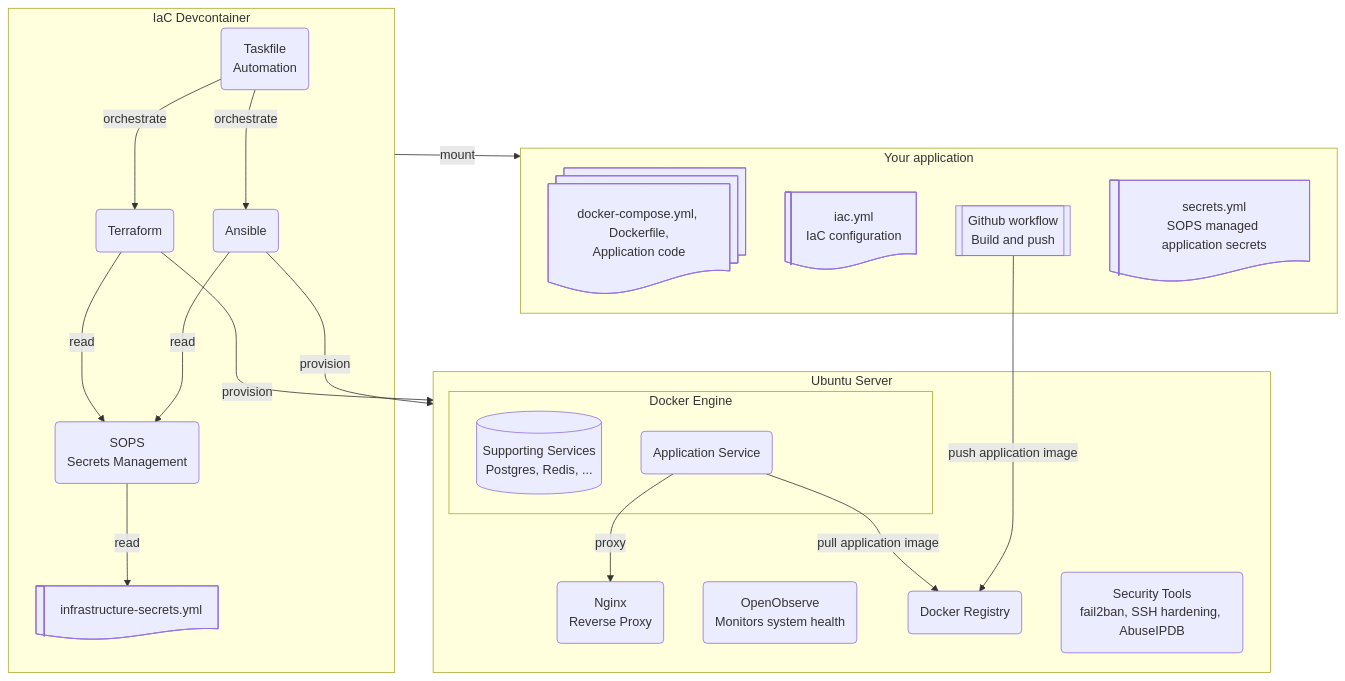
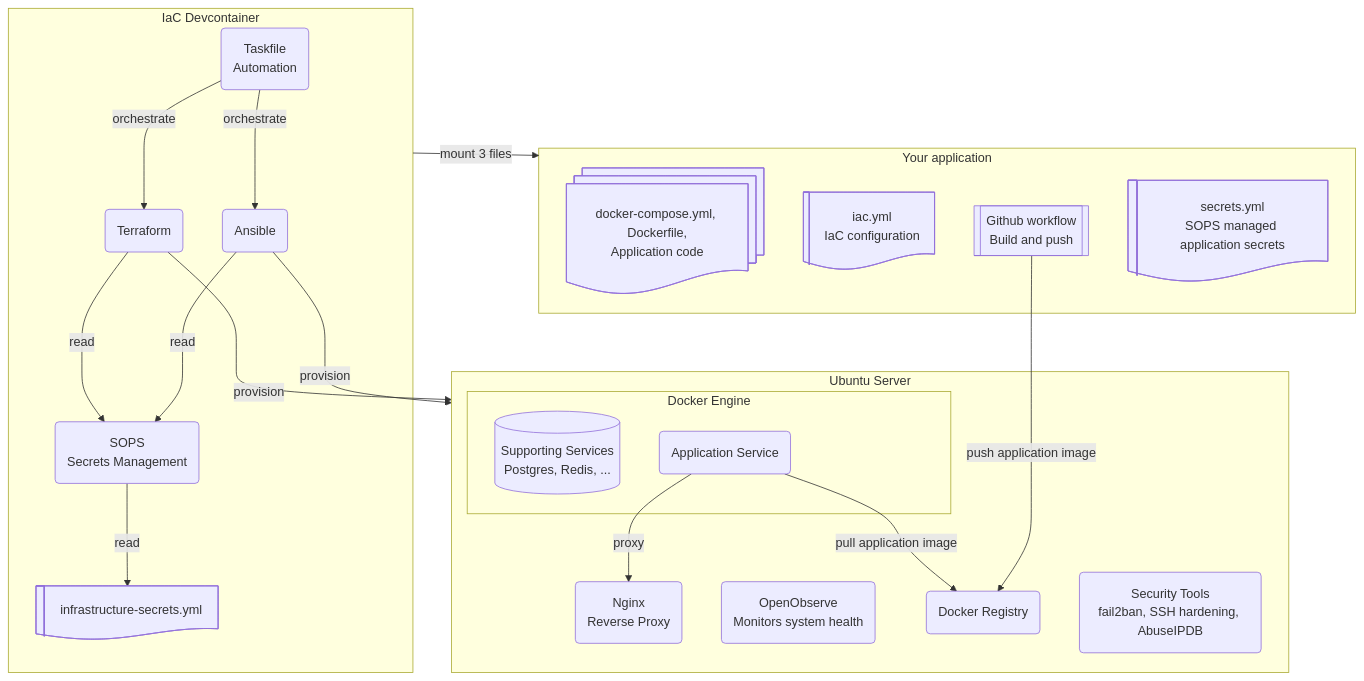
One commit to rednaw/iac changed the diagram in docs/getting-started.md. Above: the diagram before and after it, drawn with Mermaid. The commit also changed other lines of this file and 16 other files, not shown here.

````diff
--- a/docs/getting-started.md
+++ b/docs/getting-started.md
@@ -22,46 +22,46 @@
 ```mermaid
 graph TB
     subgraph IAC[IaC Devcontainer]
         TASK(Taskfile<br/>Automation)
         SOPS(SOPS<br/>Secrets Management)
         TF(Terraform)
         ANS(Ansible)
         INFRA_SECRETS@{ shape: lin-doc, label: "infrastructure-secrets.yml" }
     end
 
     subgraph SERVER[Ubuntu Server]
       NGINX(Nginx<br/>Reverse Proxy)
       subgraph DOCKER[Docker Engine]
         SUPPORTING_SERVICES@{ shape: cyl, label: "Supporting Services<br/>Postgres, Redis, ..." }
         APP_SERVICE(Application Service)
       end
       OBSERVE(OpenObserve<br/>Monitors system health)
       REGISTRY(Docker Registry)
       SEC(Security Tools<br/>fail2ban, SSH hardening, AbuseIPDB)
     end
 
     subgraph APP[Your application]
       COMPOSE@{ shape: docs, label: "docker-compose.yml, Dockerfile,<br/>Application code" }
       IAC_YML@{ shape: lin-doc, label: "iac.yml<br/>IaC configuration" }
       PUSH@{ shape: subproc, label: "Github workflow<br/>Build and push" }
       APP_SECRETS@{ shape: lin-doc, label: "secrets.yml<br/>SOPS managed application secrets" }
     end
 
-    IAC -->|mount| APP
+    IAC -->|mount 3 files| APP
     
     TASK -->|orchestrate| TF
     TASK -->|orchestrate| ANS
 
     SOPS -->|read| INFRA_SECRETS
         
     TF -->|provision| SERVER
     TF -->|read| SOPS
     
     ANS -->|provision| SERVER
     ANS -->|read| SOPS
 
     APP_SERVICE -->|pull application image| REGISTRY
     PUSH --->|push application image| REGISTRY 
     
     APP_SERVICE -->|proxy| NGINX
 ```
````
